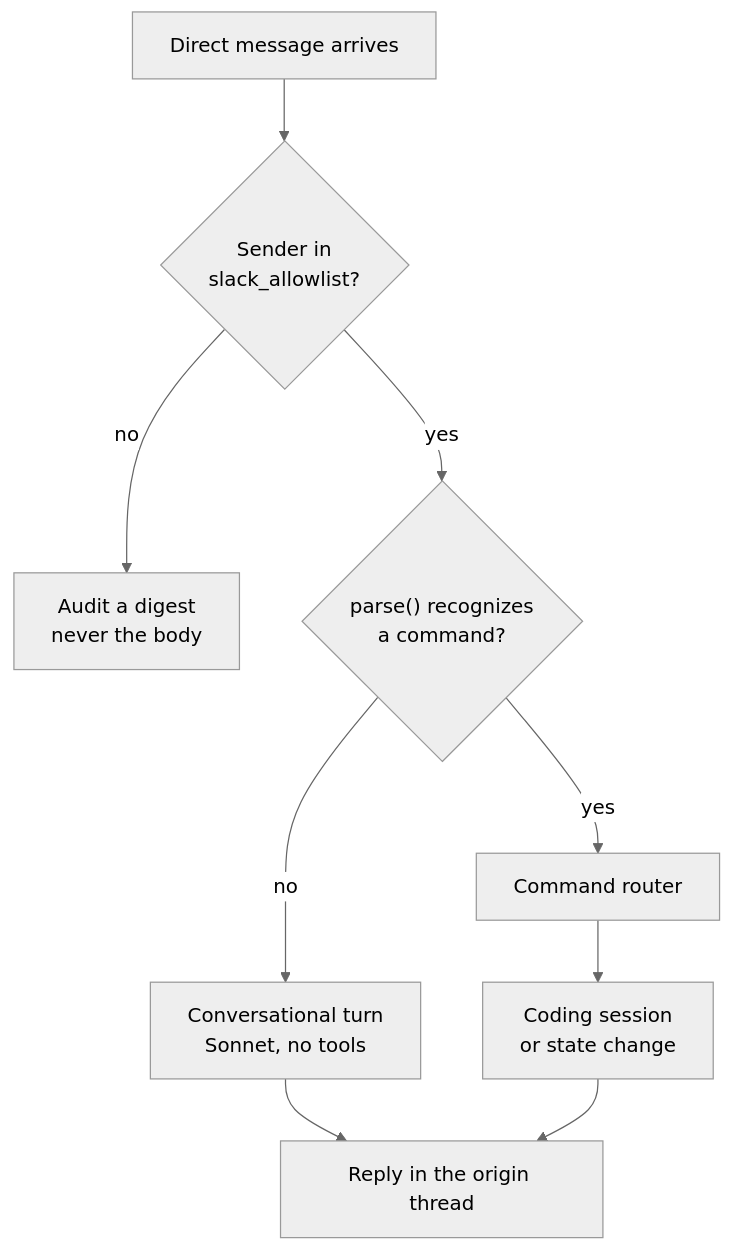
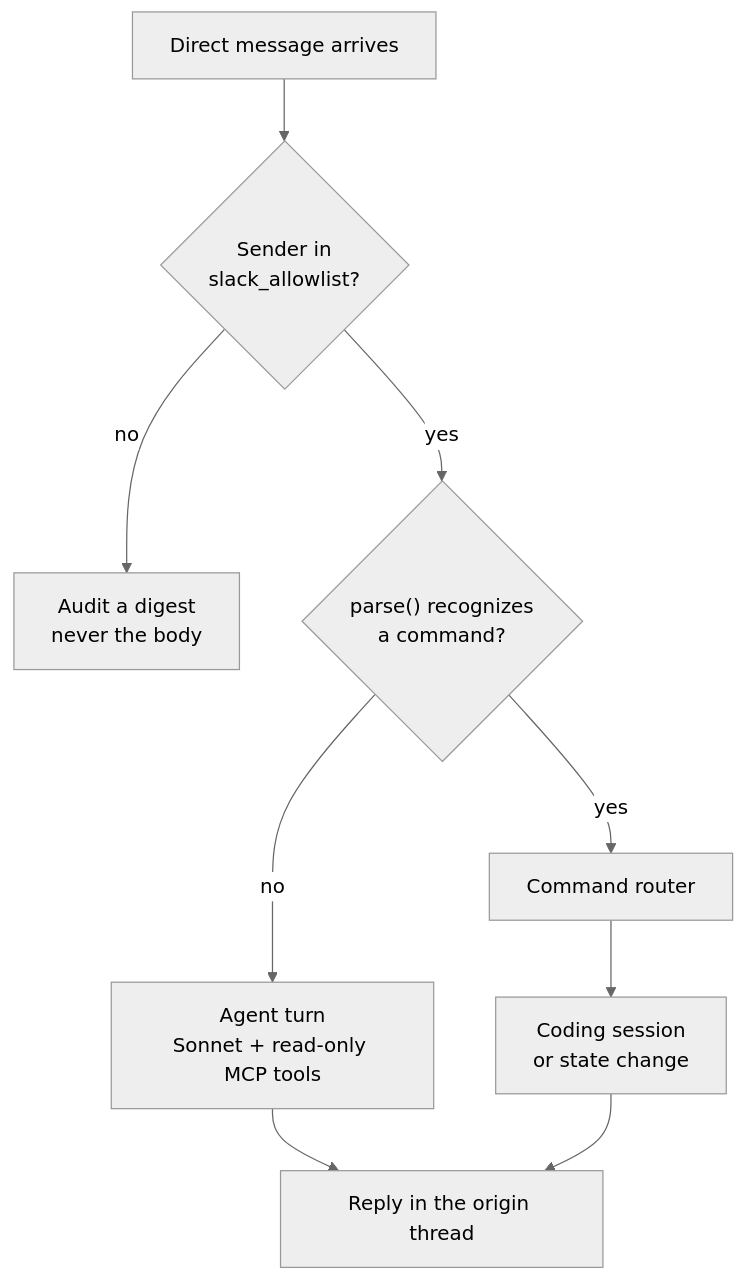
One commit to randyren278/iris changed the third of 4 diagrams in docs/ARCHITECTURE.md. Above: the diagram before and after it, drawn with Mermaid (neutral theme). The commit also changed other lines of this file and 25 other files, not shown here.

````diff
--- a/docs/ARCHITECTURE.md
+++ b/docs/ARCHITECTURE.md
@@ -98,11 +99,11 @@
 ```mermaid
 flowchart TD
     dm["Direct message arrives"] --> allow{"Sender in<br/>slack_allowlist?"}
     allow -- no --> drop["Audit a digest<br/>never the body"]
     allow -- yes --> parse{"parse() recognizes<br/>a command?"}
-    parse -- no --> talk["Conversational turn<br/>Sonnet, no tools"]
+    parse -- no --> talk["Agent turn<br/>Sonnet + read-only MCP tools"]
     parse -- yes --> route["Command router"]
     talk --> reply["Reply in the origin thread"]
     route --> session["Coding session<br/>or state change"]
     session --> reply
 ```
````
